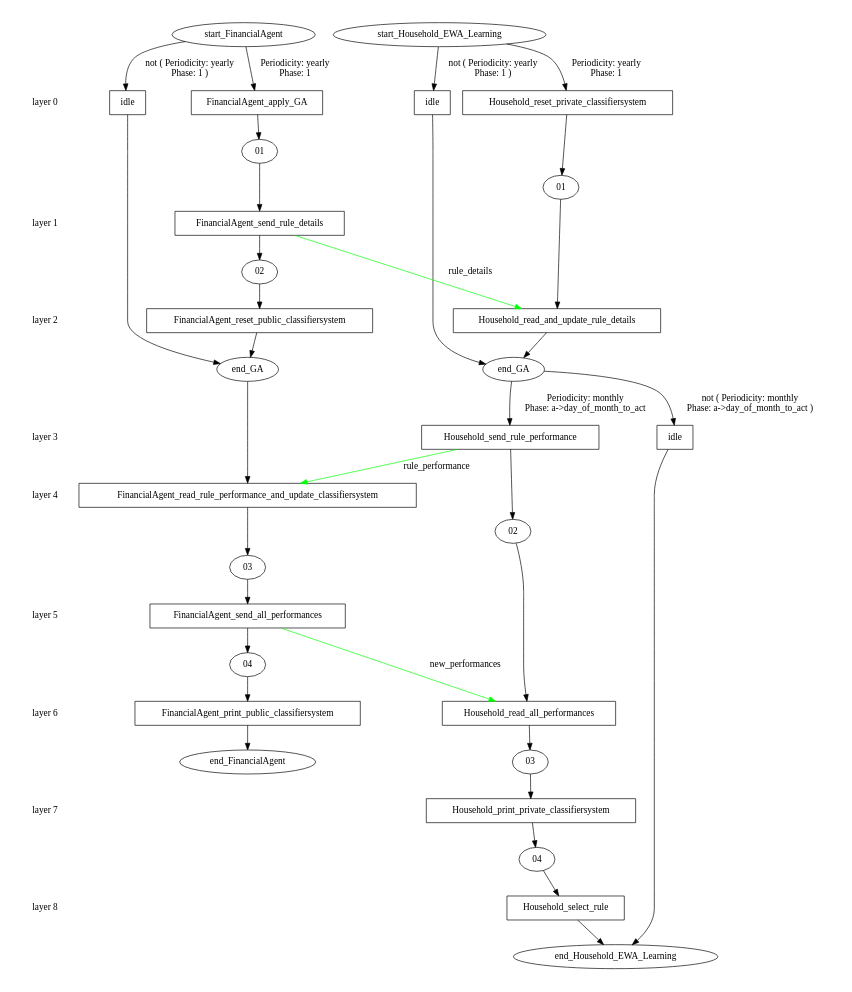
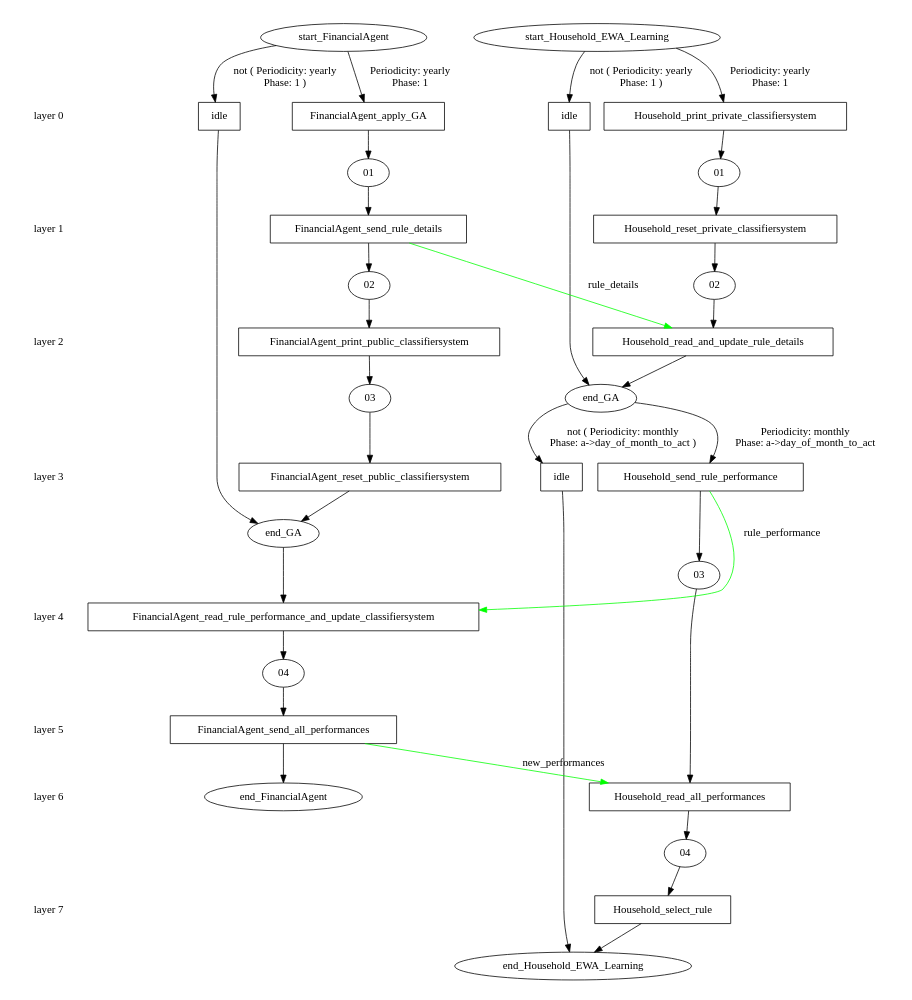
The diagram in models/AFM/afm_branches/initial/ewa_learning/stategraph.dot (ETACE/EURACE), drawn with Graphviz before and after one commit. The commit also changed 11 other files, not shown here.

```diff
--- a/models/AFM/afm_branches/initial/ewa_learning/stategraph.dot
+++ b/models/AFM/afm_branches/initial/ewa_learning/stategraph.dot
@@ -1,98 +1,95 @@
 digraph state_graph {
 	rankdir=TB;
 	size="8,5;"
 	layer_0 [shape=plaintext, label="layer 0"];
 	layer_1 [shape=plaintext, label="layer 1"];
 	layer_0 -> layer_1 [style=invis];
 	layer_2 [shape=plaintext, label="layer 2"];
 	layer_1 -> layer_2 [style=invis];
 	layer_3 [shape=plaintext, label="layer 3"];
 	layer_2 -> layer_3 [style=invis];
 	layer_4 [shape=plaintext, label="layer 4"];
 	layer_3 -> layer_4 [style=invis];
 	layer_5 [shape=plaintext, label="layer 5"];
 	layer_4 -> layer_5 [style=invis];
 	layer_6 [shape=plaintext, label="layer 6"];
 	layer_5 -> layer_6 [style=invis];
 	layer_7 [shape=plaintext, label="layer 7"];
 	layer_6 -> layer_7 [style=invis];
-	layer_8 [shape=plaintext, label="layer 8"];
-	layer_7 -> layer_8 [style=invis];
 	
 	/* States */
 	Household_04 [label = "04"]
 	Household_03 [label = "03"]
+	Household_end_Household_EWA_Learning [label = "end_Household_EWA_Learning"]
 	Household_02 [label = "02"]
-	Household_end_Household_EWA_Learning [label = "end_Household_EWA_Learning"]
 	Household_01 [label = "01"]
 	Household_end_GA [label = "end_GA"]
 	Household_start_Household_EWA_Learning [label = "start_Household_EWA_Learning"]
 	FinancialAgent_end_FinancialAgent [label = "end_FinancialAgent"]
 	FinancialAgent_04 [label = "04"]
 	FinancialAgent_03 [label = "03"]
 	FinancialAgent_02 [label = "02"]
 	FinancialAgent_01 [label = "01"]
 	FinancialAgent_end_GA [label = "end_GA"]
 	FinancialAgent_start_FinancialAgent [label = "start_FinancialAgent"]
 	Household_idle_start_Household_EWA_Learning_end_GA [label = "idle", shape = rect]
-	Household_Household_reset_private_classifiersystem_start_Household_EWA_Learning_01 [label = "Household_reset_private_classifiersystem", shape = rect]
-	Household_Household_read_and_update_rule_details_01_end_GA [label = "Household_read_and_update_rule_details", shape = rect]
+	Household_Household_print_private_classifiersystem_start_Household_EWA_Learning_01 [label = "Household_print_private_classifiersystem", shape = rect]
+	Household_Household_reset_private_classifiersystem_01_02 [label = "Household_reset_private_classifiersystem", shape = rect]
+	Household_Household_read_and_update_rule_details_02_end_GA [label = "Household_read_and_update_rule_details", shape = rect]
 	Household_idle_end_GA_end_Household_EWA_Learning [label = "idle", shape = rect]
-	Household_Household_send_rule_performance_end_GA_02 [label = "Household_send_rule_performance", shape = rect]
-	Household_Household_read_all_performances_02_03 [label = "Household_read_all_performances", shape = rect]
-	Household_Household_print_private_classifiersystem_03_04 [label = "Household_print_private_classifiersystem", shape = rect]
+	Household_Household_send_rule_performance_end_GA_03 [label = "Household_send_rule_performance", shape = rect]
+	Household_Household_read_all_performances_03_04 [label = "Household_read_all_performances", shape = rect]
 	Household_Household_select_rule_04_end_Household_EWA_Learning [label = "Household_select_rule", shape = rect]
 	FinancialAgent_idle_start_FinancialAgent_end_GA [label = "idle", shape = rect]
 	FinancialAgent_FinancialAgent_apply_GA_start_FinancialAgent_01 [label = "FinancialAgent_apply_GA", shape = rect]
 	FinancialAgent_FinancialAgent_send_rule_details_01_02 [label = "FinancialAgent_send_rule_details", shape = rect]
-	FinancialAgent_FinancialAgent_reset_public_classifiersystem_02_end_GA [label = "FinancialAgent_reset_public_classifiersystem", shape = rect]
-	FinancialAgent_FinancialAgent_read_rule_performance_and_update_classifiersystem_end_GA_03 [label = "FinancialAgent_read_rule_performance_and_update_classifiersystem", shape = rect]
-	FinancialAgent_FinancialAgent_send_all_performances_03_04 [label = "FinancialAgent_send_all_performances", shape = rect]
-	FinancialAgent_FinancialAgent_print_public_classifiersystem_04_end_FinancialAgent [label = "FinancialAgent_print_public_classifiersystem", shape = rect]
+	FinancialAgent_FinancialAgent_print_public_classifiersystem_02_03 [label = "FinancialAgent_print_public_classifiersystem", shape = rect]
+	FinancialAgent_FinancialAgent_reset_public_classifiersystem_03_end_GA [label = "FinancialAgent_reset_public_classifiersystem", shape = rect]
+	FinancialAgent_FinancialAgent_read_rule_performance_and_update_classifiersystem_end_GA_04 [label = "FinancialAgent_read_rule_performance_and_update_classifiersystem", shape = rect]
+	FinancialAgent_FinancialAgent_send_all_performances_04_end_FinancialAgent [label = "FinancialAgent_send_all_performances", shape = rect]
 	
 	/* Transitions */
 	Household_start_Household_EWA_Learning -> Household_idle_start_Household_EWA_Learning_end_GA [ label = "not ( Periodicity: yearly\nPhase: 1 )"];
 	Household_idle_start_Household_EWA_Learning_end_GA -> Household_end_GA;
-	Household_start_Household_EWA_Learning -> Household_Household_reset_private_classifiersystem_start_Household_EWA_Learning_01 [ label = "Periodicity: yearly\nPhase: 1"];
-	Household_Household_reset_private_classifiersystem_start_Household_EWA_Learning_01 -> Household_01;
-	Household_01 -> Household_Household_read_and_update_rule_details_01_end_GA;
-	Household_Household_read_and_update_rule_details_01_end_GA -> Household_end_GA;
+	Household_start_Household_EWA_Learning -> Household_Household_print_private_classifiersystem_start_Household_EWA_Learning_01 [ label = "Periodicity: yearly\nPhase: 1"];
+	Household_Household_print_private_classifiersystem_start_Household_EWA_Learning_01 -> Household_01;
+	Household_01 -> Household_Household_reset_private_classifiersystem_01_02;
+	Household_Household_reset_private_classifiersystem_01_02 -> Household_02;
+	Household_02 -> Household_Household_read_and_update_rule_details_02_end_GA;
+	Household_Household_read_and_update_rule_details_02_end_GA -> Household_end_GA;
 	Household_end_GA -> Household_idle_end_GA_end_Household_EWA_Learning [ label = "not ( Periodicity: monthly\nPhase: a->day_of_month_to_act )"];
 	Household_idle_end_GA_end_Household_EWA_Learning -> Household_end_Household_EWA_Learning;
-	Household_end_GA -> Household_Household_send_rule_performance_end_GA_02 [ label = "Periodicity: monthly\nPhase: a->day_of_month_to_act"];
-	Household_Household_send_rule_performance_end_GA_02 -> Household_02;
-	Household_02 -> Household_Household_read_all_performances_02_03;
-	Household_Household_read_all_performances_02_03 -> Household_03;
-	Household_03 -> Household_Household_print_private_classifiersystem_03_04;
-	Household_Household_print_private_classifiersystem_03_04 -> Household_04;
+	Household_end_GA -> Household_Household_send_rule_performance_end_GA_03 [ label = "Periodicity: monthly\nPhase: a->day_of_month_to_act"];
+	Household_Household_send_rule_performance_end_GA_03 -> Household_03;
+	Household_03 -> Household_Household_read_all_performances_03_04;
+	Household_Household_read_all_performances_03_04 -> Household_04;
 	Household_04 -> Household_Household_select_rule_04_end_Household_EWA_Learning;
 	Household_Household_select_rule_04_end_Household_EWA_Learning -> Household_end_Household_EWA_Learning;
 	FinancialAgent_start_FinancialAgent -> FinancialAgent_idle_start_FinancialAgent_end_GA [ label = "not ( Periodicity: yearly\nPhase: 1 )"];
 	FinancialAgent_idle_start_FinancialAgent_end_GA -> FinancialAgent_end_GA;
 	FinancialAgent_start_FinancialAgent -> FinancialAgent_FinancialAgent_apply_GA_start_FinancialAgent_01 [ label = "Periodicity: yearly\nPhase: 1"];
 	FinancialAgent_FinancialAgent_apply_GA_start_FinancialAgent_01 -> FinancialAgent_01;
 	FinancialAgent_01 -> FinancialAgent_FinancialAgent_send_rule_details_01_02;
 	FinancialAgent_FinancialAgent_send_rule_details_01_02 -> FinancialAgent_02;
-	FinancialAgent_02 -> FinancialAgent_FinancialAgent_reset_public_classifiersystem_02_end_GA;
-	FinancialAgent_FinancialAgent_reset_public_classifiersystem_02_end_GA -> FinancialAgent_end_GA;
-	FinancialAgent_end_GA -> FinancialAgent_FinancialAgent_read_rule_performance_and_update_classifiersystem_end_GA_03;
-	FinancialAgent_FinancialAgent_read_rule_performance_and_update_classifiersystem_end_GA_03 -> FinancialAgent_03;
-	FinancialAgent_03 -> FinancialAgent_FinancialAgent_send_all_performances_03_04;
-	FinancialAgent_FinancialAgent_send_all_performances_03_04 -> FinancialAgent_04;
-	FinancialAgent_04 -> FinancialAgent_FinancialAgent_print_public_classifiersystem_04_end_FinancialAgent;
-	FinancialAgent_FinancialAgent_print_public_classifiersystem_04_end_FinancialAgent -> FinancialAgent_end_FinancialAgent;
+	FinancialAgent_02 -> FinancialAgent_FinancialAgent_print_public_classifiersystem_02_03;
+	FinancialAgent_FinancialAgent_print_public_classifiersystem_02_03 -> FinancialAgent_03;
+	FinancialAgent_03 -> FinancialAgent_FinancialAgent_reset_public_classifiersystem_03_end_GA;
+	FinancialAgent_FinancialAgent_reset_public_classifiersystem_03_end_GA -> FinancialAgent_end_GA;
+	FinancialAgent_end_GA -> FinancialAgent_FinancialAgent_read_rule_performance_and_update_classifiersystem_end_GA_04;
+	FinancialAgent_FinancialAgent_read_rule_performance_and_update_classifiersystem_end_GA_04 -> FinancialAgent_04;
+	FinancialAgent_04 -> FinancialAgent_FinancialAgent_send_all_performances_04_end_FinancialAgent;
+	FinancialAgent_FinancialAgent_send_all_performances_04_end_FinancialAgent -> FinancialAgent_end_FinancialAgent;
 	
 	/* Communications */
-	Household_Household_send_rule_performance_end_GA_02 -> FinancialAgent_FinancialAgent_read_rule_performance_and_update_classifiersystem_end_GA_03 [ label = "rule_performance" color="#00ff00" constraint=false];
-	FinancialAgent_FinancialAgent_send_all_performances_03_04 -> Household_Household_read_all_performances_02_03 [ label = "new_performances" color="#00ff00" constraint=false];
-	FinancialAgent_FinancialAgent_send_rule_details_01_02 -> Household_Household_read_and_update_rule_details_01_end_GA [ label = "rule_details" color="#00ff00" constraint=false];
-	{ rank=same; layer_0;  Household_idle_start_Household_EWA_Learning_end_GA;  Household_Household_reset_private_classifiersystem_start_Household_EWA_Learning_01;  FinancialAgent_idle_start_FinancialAgent_end_GA;  FinancialAgent_FinancialAgent_apply_GA_start_FinancialAgent_01; }
-	{ rank=same; layer_1;  FinancialAgent_FinancialAgent_send_rule_details_01_02; }
-	{ rank=same; layer_2;  Household_Household_read_and_update_rule_details_01_end_GA;  FinancialAgent_FinancialAgent_reset_public_classifiersystem_02_end_GA; }
-	{ rank=same; layer_3;  Household_idle_end_GA_end_Household_EWA_Learning;  Household_Household_send_rule_performance_end_GA_02; }
-	{ rank=same; layer_4;  FinancialAgent_FinancialAgent_read_rule_performance_and_update_classifiersystem_end_GA_03; }
-	{ rank=same; layer_5;  FinancialAgent_FinancialAgent_send_all_performances_03_04; }
-	{ rank=same; layer_6;  Household_Household_read_all_performances_02_03;  FinancialAgent_FinancialAgent_print_public_classifiersystem_04_end_FinancialAgent; }
-	{ rank=same; layer_7;  Household_Household_print_private_classifiersystem_03_04; }
-	{ rank=same; layer_8;  Household_Household_select_rule_04_end_Household_EWA_Learning; }
+	Household_Household_send_rule_performance_end_GA_03 -> FinancialAgent_FinancialAgent_read_rule_performance_and_update_classifiersystem_end_GA_04 [ label = "rule_performance" color="#00ff00" constraint=false];
+	FinancialAgent_FinancialAgent_send_all_performances_04_end_FinancialAgent -> Household_Household_read_all_performances_03_04 [ label = "new_performances" color="#00ff00" constraint=false];
+	FinancialAgent_FinancialAgent_send_rule_details_01_02 -> Household_Household_read_and_update_rule_details_02_end_GA [ label = "rule_details" color="#00ff00" constraint=false];
+	{ rank=same; layer_0;  Household_idle_start_Household_EWA_Learning_end_GA;  Household_Household_print_private_classifiersystem_start_Household_EWA_Learning_01;  FinancialAgent_idle_start_FinancialAgent_end_GA;  FinancialAgent_FinancialAgent_apply_GA_start_FinancialAgent_01; }
+	{ rank=same; layer_1;  Household_Household_reset_private_classifiersystem_01_02;  FinancialAgent_FinancialAgent_send_rule_details_01_02; }
+	{ rank=same; layer_2;  Household_Household_read_and_update_rule_details_02_end_GA;  FinancialAgent_FinancialAgent_print_public_classifiersystem_02_03; }
+	{ rank=same; layer_3;  Household_idle_end_GA_end_Household_EWA_Learning;  Household_Household_send_rule_performance_end_GA_03;  FinancialAgent_FinancialAgent_reset_public_classifiersystem_03_end_GA; }
+	{ rank=same; layer_4;  FinancialAgent_FinancialAgent_read_rule_performance_and_update_classifiersystem_end_GA_04; }
+	{ rank=same; layer_5;  FinancialAgent_FinancialAgent_send_all_performances_04_end_FinancialAgent; }
+	{ rank=same; layer_6;  Household_Household_read_all_performances_03_04; }
+	{ rank=same; layer_7;  Household_Household_select_rule_04_end_Household_EWA_Learning; }
 }
```
